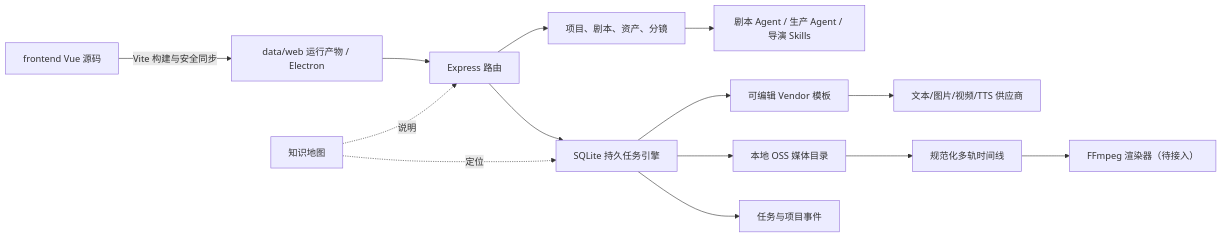
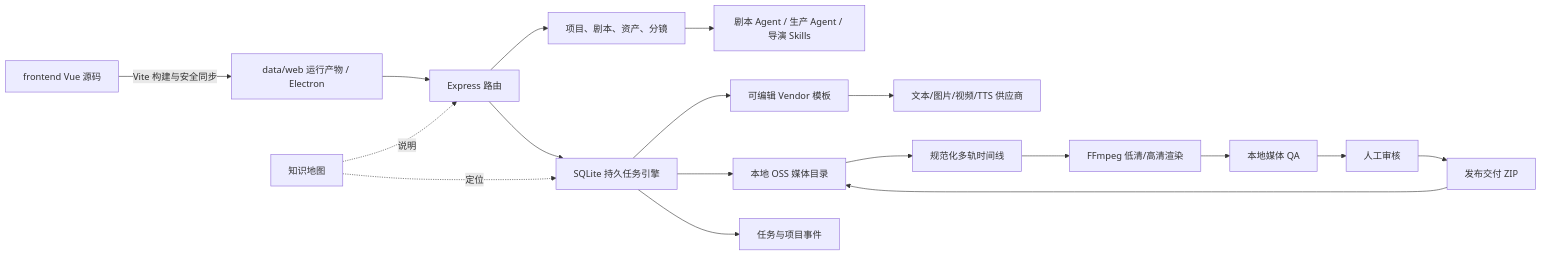
The diagram in docs/knowledge-hub/architecture.md (NathanielbeeLee/Toonflow-app), drawn with Mermaid before and after one commit. The commit also changed other lines of this file and 14 other files, not shown here.

````diff
--- a/docs/knowledge-hub/architecture.md
+++ b/docs/knowledge-hub/architecture.md
@@ -3,16 +3,20 @@
 ```mermaid
 flowchart LR
   Source["frontend Vue 源码"] -->|"Vite 构建与安全同步"| UI["data/web 运行产物 / Electron"]
   UI --> API["Express 路由"]
   API --> Domain["项目、剧本、资产、分镜"]
   Domain --> Agent["剧本 Agent / 生产 Agent / 导演 Skills"]
   API --> Queue["SQLite 持久任务引擎"]
   Queue --> Vendor["可编辑 Vendor 模板"]
   Vendor --> Cloud["文本/图片/视频/TTS 供应商"]
   Queue --> Media["本地 OSS 媒体目录"]
   Media --> Timeline["规范化多轨时间线"]
-  Timeline --> Renderer["FFmpeg 渲染器（待接入）"]
+  Timeline --> Renderer["FFmpeg 低清/高清渲染"]
+  Renderer --> QA["本地媒体 QA"]
+  QA --> Review["人工审核"]
+  Review --> Publish["发布交付 ZIP"]
+  Publish --> Media
   Queue --> Events["任务与项目事件"]
   Knowledge["知识地图"] -.说明.-> API
   Knowledge -.定位.-> Queue
 ```
````
